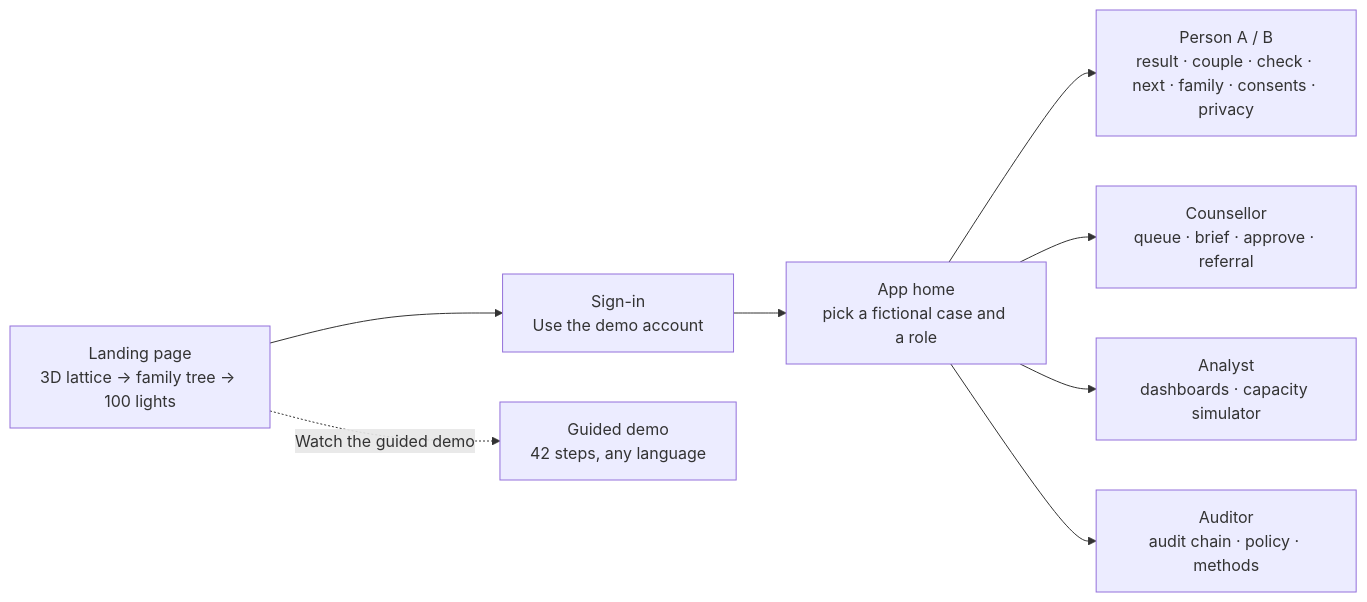
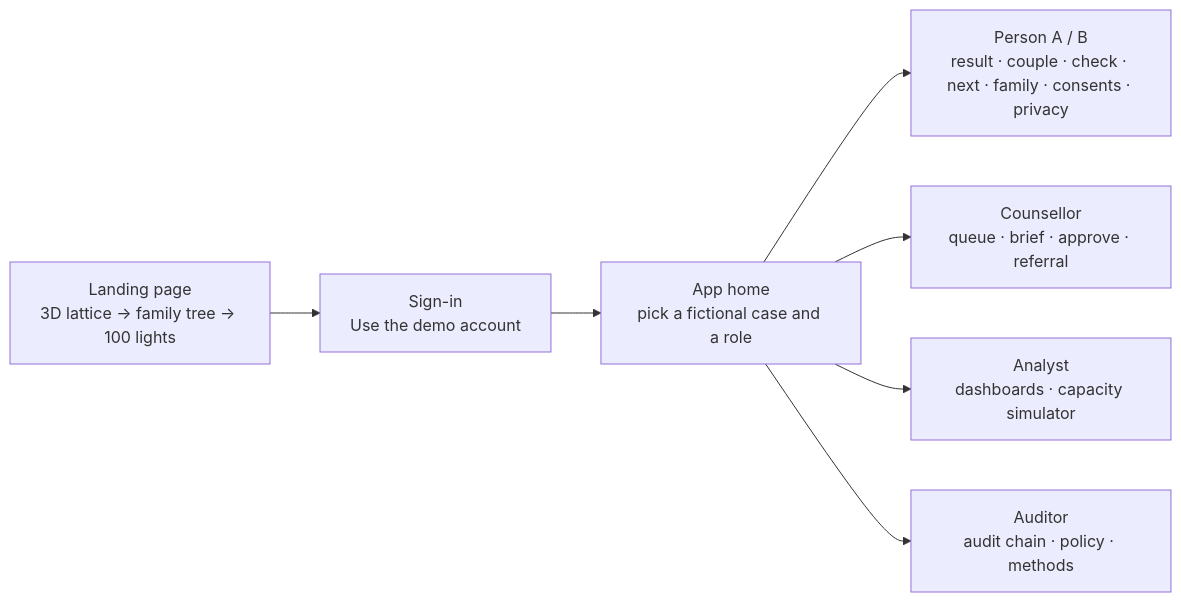
The sixth of 6 diagrams in README.md (loktrishal-05/kinsight), drawn with Mermaid before and after one commit. The commit also changed other lines of this file and 4 other files, not shown here.

Commit message:
docs: drop guided demo from README

````diff
--- a/README.md
+++ b/README.md
@@ -325,10 +323,9 @@
 ```mermaid
 flowchart LR
   LAND["Landing page<br/>3D lattice → family tree → 100 lights"] --> SIGN["Sign-in<br/>Use the demo account"]
-  LAND -. "Watch the guided demo" .-> DEMO["Guided demo<br/>42 steps, any language"]
   SIGN --> HOME["App home<br/>pick a fictional case and a role"]
   HOME --> PA["Person A / B<br/>result · couple · check · next · family · consents · privacy"]
   HOME --> CO["Counsellor<br/>queue · brief · approve · referral"]
   HOME --> AN["Analyst<br/>dashboards · capacity simulator"]
   HOME --> AU["Auditor<br/>audit chain · policy · methods"]
 ```
````
